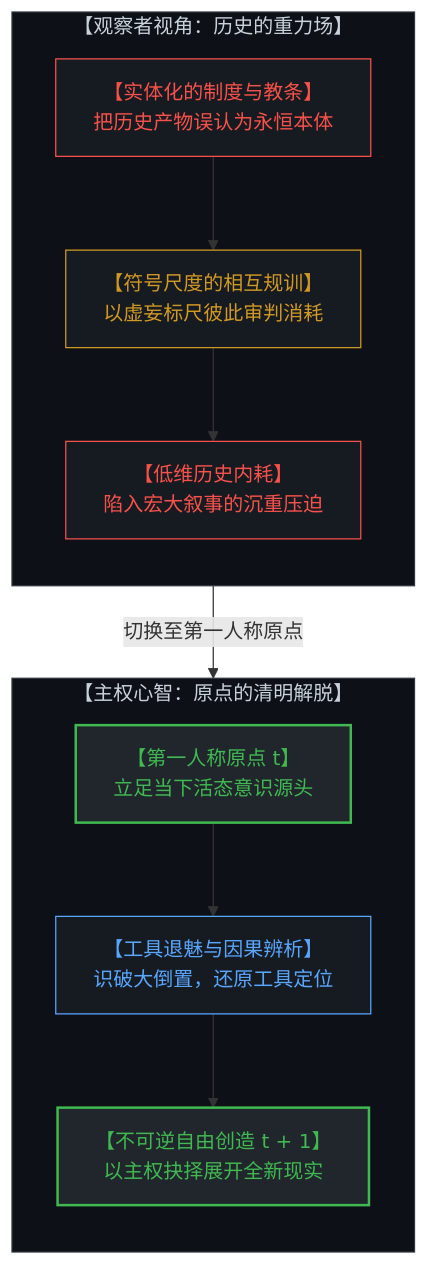
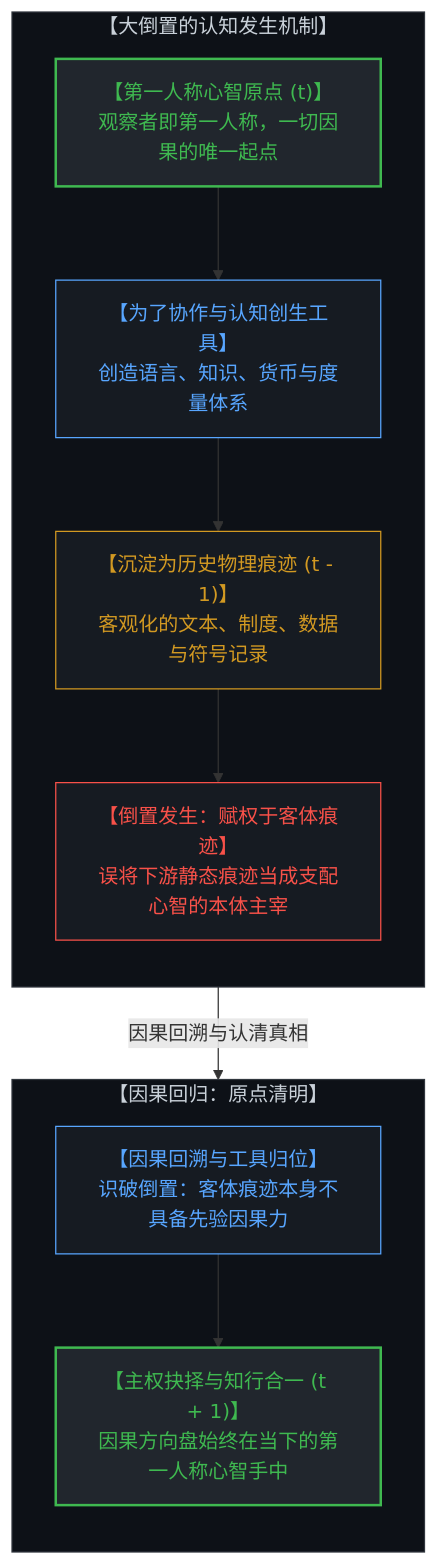
The first of 16 diagrams in content/posts/the-dissolution-of-the-great-reversal.md (powerpig99/not-a-toe), drawn with Mermaid before and after one commit. The commit also changed other lines of this file and 4 other files, not shown here.

Commit message:
Refine Section 1: unify observer with first-person origin and trace reversal without projecting causal agency onto history

````diff
--- a/content/posts/the-dissolution-of-the-great-reversal.md
+++ b/content/posts/the-dissolution-of-the-great-reversal.md
@@ -11,31 +13,31 @@
 ```mermaid
 graph TD
-    subgraph ObserverWeight["【观察者视角：历史的重力场】"]
+    subgraph TracingReversal["【大倒置的认知发生机制】"]
         direction TB
-        ReifiedInst["【实体化的制度与教条】<br>把历史产物误认为永恒本体"]
-        MutualPolicing["【符号尺度的相互规训】<br>以虚妄标尺彼此审判消耗"]
-        LowDimExhaustion["【低维历史内耗】<br>陷入宏大叙事的沉重压迫"]
-        ReifiedInst --> MutualPolicing
-        MutualPolicing --> LowDimExhaustion
+        ConsciousOrigin["【第一人称心智原点 (t)】<br>观察者即第一人称，一切因果的唯一起点"]
+        ToolCreation["【为了协作与认知创生工具】<br>创造语言、知识、货币与度量体系"]
+        HistoricalTraces["【沉淀为历史物理痕迹 (t - 1)】<br>客观化的文本、制度、数据与符号记录"]
+        CognitiveInversion["【倒置发生：赋权于客体痕迹】<br>误将下游静态痕迹当成支配心智的本体主宰"]
+        ConsciousOrigin --> ToolCreation
+        ToolCreation --> HistoricalTraces
+        HistoricalTraces --> CognitiveInversion
     end
 
-    subgraph SovereignLiberation["【主权心智：原点的清明解脱】"]
+    subgraph CausalClarity["【因果回归：原点清明】"]
         direction TB
-        FirstPersonOrigin["【第一人称原点 t】<br>立足当下活态意识源头"]
-        ToolDemystification["【工具退魅与因果辨析】<br>识破大倒置，还原工具定位"]
-        IrreversibleCreation["【不可逆自由创造 t + 1】<br>以主权抉择展开全新现实"]
-        FirstPersonOrigin --> ToolDemystification
-        ToolDemystification --> IrreversibleCreation
+        TraceDemystification["【因果回溯与工具归位】<br>识破倒置：客体痕迹本身不具备先验因果力"]
+        SovereignAgency["【主权抉择与知行合一 (t + 1)】<br>因果方向盘始终在当下的第一人称心智手中"]
+        TraceDemystification --> SovereignAgency
     end
 
-    LowDimExhaustion -->|"切换至第一人称原点"| FirstPersonOrigin
+    CognitiveInversion -->|"因果回溯与认清真相"| TraceDemystification
 
-    style ObserverWeight fill:#0d1117,stroke:#30363d,stroke-width:1px,color:#c9d1d9
-    style ReifiedInst fill:#161b22,stroke:#f85149,stroke-width:1px,color:#f85149
-    style MutualPolicing fill:#161b22,stroke:#d29922,stroke-width:1px,color:#d29922
-    style LowDimExhaustion fill:#161b22,stroke:#f85149,stroke-width:1px,color:#f85149
-    style SovereignLiberation fill:#0d1117,stroke:#30363d,stroke-width:1px,color:#c9d1d9
-    style FirstPersonOrigin fill:#21262d,stroke:#3fb950,stroke-width:2px,color:#3fb950
-    style ToolDemystification fill:#161b22,stroke:#58a6ff,stroke-width:1px,color:#58a6ff
-    style IrreversibleCreation fill:#21262d,stroke:#3fb950,stroke-width:2px,color:#3fb950
+    style TracingReversal fill:#0d1117,stroke:#30363d,stroke-width:1px,color:#c9d1d9
+    style ConsciousOrigin fill:#21262d,stroke:#3fb950,stroke-width:2px,color:#3fb950
+    style ToolCreation fill:#161b22,stroke:#58a6ff,stroke-width:1px,color:#58a6ff
+    style HistoricalTraces fill:#161b22,stroke:#d29922,stroke-width:1px,color:#d29922
+    style CognitiveInversion fill:#161b22,stroke:#f85149,stroke-width:1px,color:#f85149
+    style CausalClarity fill:#0d1117,stroke:#30363d,stroke-width:1px,color:#c9d1d9
+    style TraceDemystification fill:#161b22,stroke:#58a6ff,stroke-width:1px,color:#58a6ff
+    style SovereignAgency fill:#21262d,stroke:#3fb950,stroke-width:2px,color:#3fb950
 ```
````
